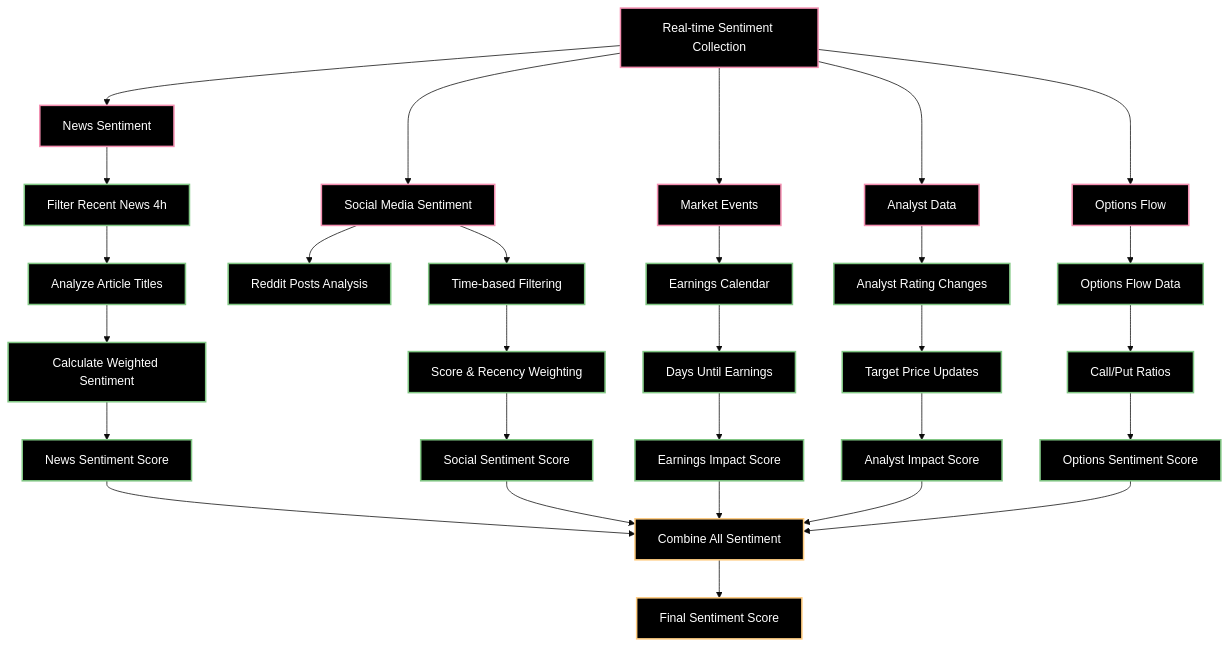
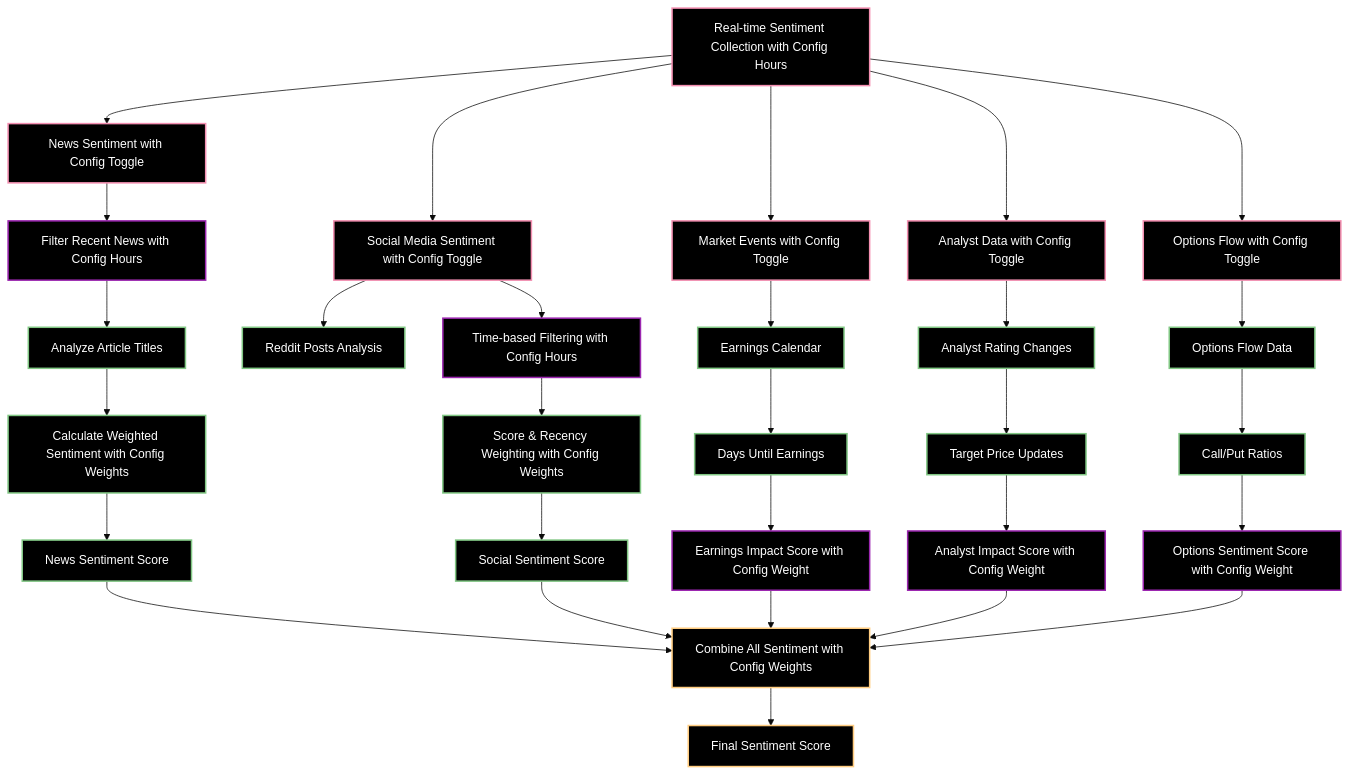
The third of 7 diagrams in docs/LSTM-model.md (jeremygonsalves/price-predictor-stocks), drawn with Mermaid (base theme) before and after one commit. The commit also changed other lines of this file and 14 other files, not shown here.

````diff
--- a/docs/LSTM-model.md
+++ b/docs/LSTM-model.md
@@ -197,45 +206,47 @@
 ```mermaid
 flowchart TD
-    A[Real-time Sentiment Collection] --> B[News Sentiment]
-    A --> C[Social Media Sentiment]
-    A --> D[Market Events]
-    A --> E[Analyst Data]
-    A --> F[Options Flow]
+    A[Real-time Sentiment Collection with Config Hours] --> B[News Sentiment with Config Toggle]
+    A --> C[Social Media Sentiment with Config Toggle]
+    A --> D[Market Events with Config Toggle]
+    A --> E[Analyst Data with Config Toggle]
+    A --> F[Options Flow with Config Toggle]
     
-    B --> B1[Filter Recent News 4h]
+    B --> B1[Filter Recent News with Config Hours]
     B1 --> B2[Analyze Article Titles]
-    B2 --> B3[Calculate Weighted Sentiment]
+    B2 --> B3[Calculate Weighted Sentiment with Config Weights]
     B3 --> B4[News Sentiment Score]
     
     C --> C1[Reddit Posts Analysis]
-    C --> C2[Time-based Filtering]
-    C2 --> C3[Score & Recency Weighting]
+    C --> C2[Time-based Filtering with Config Hours]
+    C2 --> C3[Score & Recency Weighting with Config Weights]
     C3 --> C4[Social Sentiment Score]
     
     D --> D1[Earnings Calendar]
     D1 --> D2[Days Until Earnings]
-    D2 --> D3[Earnings Impact Score]
+    D2 --> D3[Earnings Impact Score with Config Weight]
     
     E --> E1[Analyst Rating Changes]
     E1 --> E2[Target Price Updates]
-    E2 --> E3[Analyst Impact Score]
+    E2 --> E3[Analyst Impact Score with Config Weight]
     
     F --> F1[Options Flow Data]
     F1 --> F2[Call/Put Ratios]
-    F2 --> F3[Options Sentiment Score]
+    F2 --> F3[Options Sentiment Score with Config Weight]
     
-    B4 --> G[Combine All Sentiment]
+    B4 --> G[Combine All Sentiment with Config Weights]
     C4 --> G
     D3 --> G
     E3 --> G
     F3 --> G
     G --> H[Final Sentiment Score]
     
     classDef source fill:#000,stroke:#F48FB1,color:#fff,stroke-width:2px
     classDef process fill:#000,stroke:#81C784,color:#fff,stroke-width:2px
     classDef result fill:#000,stroke:#FFCC80,color:#fff,stroke-width:2px
+    classDef config fill:#000,stroke:#9C27B0,color:#fff,stroke-width:2px
     
     class A,B,C,D,E,F source
     class B1,B2,B3,B4,C1,C2,C3,C4,D1,D2,D3,E1,E2,E3,F1,F2,F3 process
     class G,H result
+    class B1,C2,D3,E3,F3 config
 ```
````
